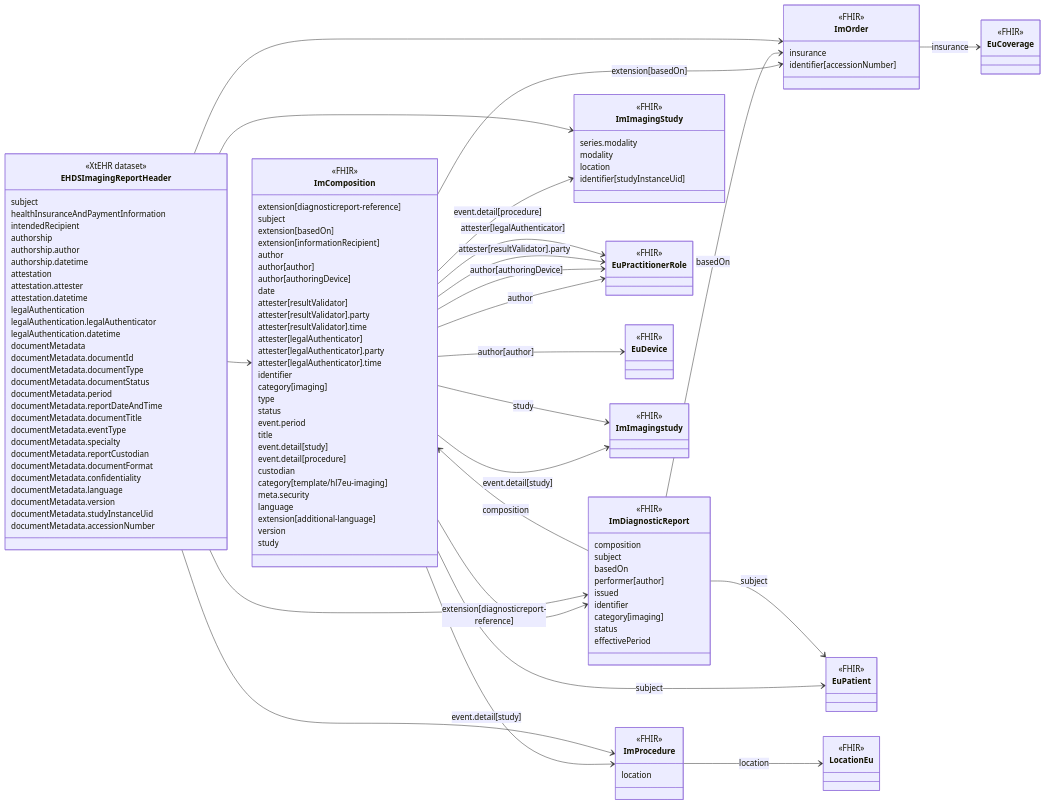
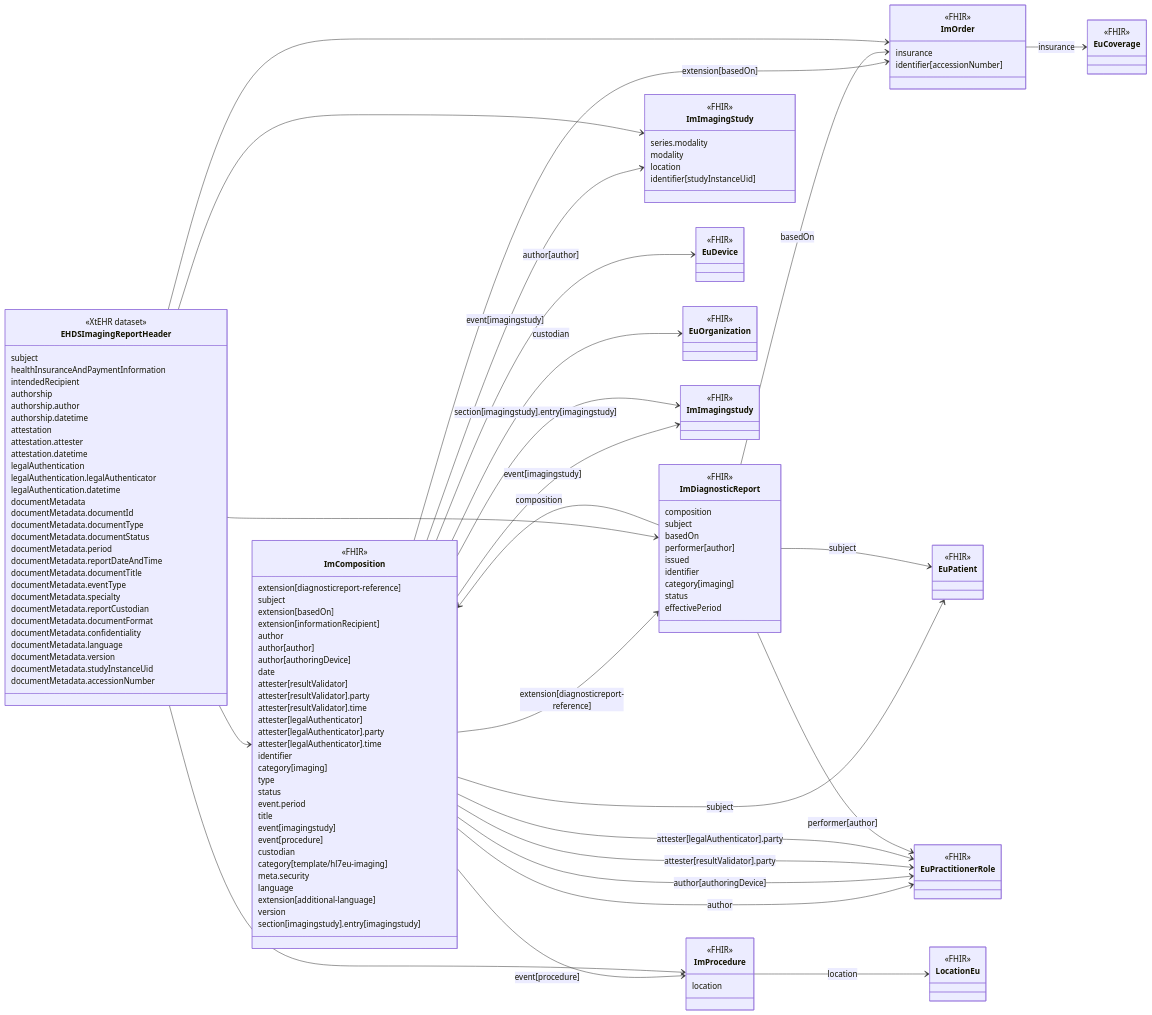
Before and after one commit to oijauregui/ehdsimaging: the diagram in input/intro-notes/ConceptMap-EHDSImagingReportHeaderMap-intro.md, drawn with Mermaid. The commit also changed 29 other files, not shown here.

```diff
--- a/input/intro-notes/ConceptMap-EHDSImagingReportHeaderMap-intro.md
+++ b/input/intro-notes/ConceptMap-EHDSImagingReportHeaderMap-intro.md
@@ -59,15 +59,15 @@
   status
   event.period
   title
-  event.detail[study]
-  event.detail[procedure]
+  event[imagingstudy]
+  event[procedure]
   custodian
   category[template/hl7eu-imaging]
   meta.security
   language
   extension[additional-language]
   version
-  study
+  section[imagingstudy].entry[imagingstudy]
 }
 
 class ImDiagnosticReport{
@@ -117,10 +117,13 @@
 class EuDevice {
   <<FHIR>>
 }
+class ImImagingStudy {
+  <<FHIR>>
+}
 class ImProcedure {
   <<FHIR>>
 }
-class ImImagingStudy {
+class EuOrganization {
   <<FHIR>>
 }
 class ImImagingstudy {
@@ -143,15 +146,17 @@
 ImComposition --> EuDevice : author[author]
 ImComposition --> EuPractitionerRole : author[authoringDevice]
 ImComposition --> EuPractitionerRole : attester[resultValidator].party
-ImComposition --> EuPractitionerRole : attester[legalAuthenticator]
-ImComposition --> ImProcedure : event.detail[study]
-ImComposition --> ImImagingStudy : event.detail[procedure]
-ImComposition --> ImImagingstudy : event.detail[study]
-ImComposition --> ImImagingstudy : study
+ImComposition --> EuPractitionerRole : attester[legalAuthenticator].party
+ImComposition --> ImImagingStudy : event[imagingstudy]
+ImComposition --> ImProcedure : event[procedure]
+ImComposition --> EuOrganization : custodian
+ImComposition --> ImImagingstudy : event[imagingstudy]
+ImComposition --> ImImagingstudy : section[imagingstudy].entry[imagingstudy]
 EHDSImagingReportHeader --> ImDiagnosticReport
 ImDiagnosticReport --> ImComposition : composition
 ImDiagnosticReport --> EuPatient : subject
 ImDiagnosticReport --> ImOrder : basedOn
+ImDiagnosticReport --> EuPractitionerRole : performer[author]
 EHDSImagingReportHeader --> ImOrder
 ImOrder --> EuCoverage : insurance
 EHDSImagingReportHeader --> ImProcedure
```
